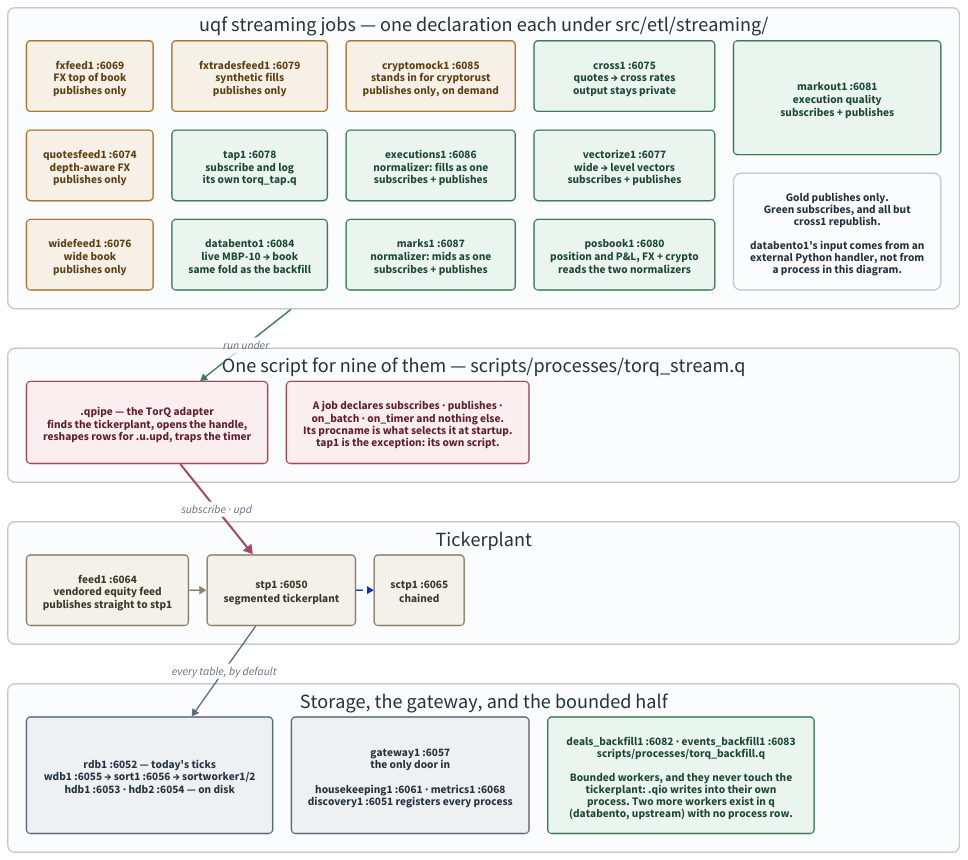
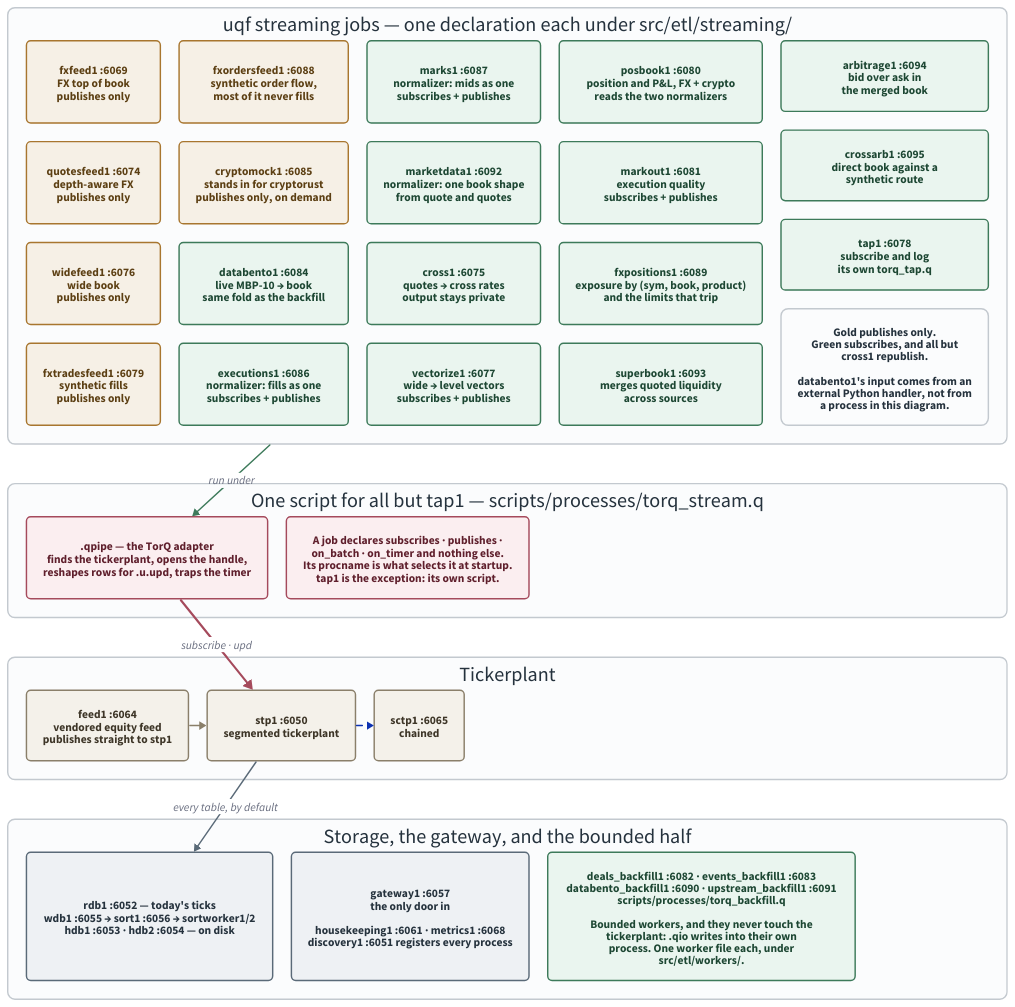
Before and after one commit to kwojdalski/uqf: the diagram in docs/diagrams/stack-topology.d2, drawn with D2. The commit also changed 19 other files, not shown here.

```diff
--- a/docs/diagrams/stack-topology.d2
+++ b/docs/diagrams/stack-topology.d2
@@ -1,158 +1,166 @@
 # stack-topology.d2 - who connects to whom over IPC in the running stack.
 #
 # Rendered by scripts/generate/render_diagrams.py, which CI runs with
 # --check. Embedded from docs/integrations/torq/README.md.
 #
 # Ports are the defaults at base 6050; every one is {KDBBASEPORT}+offset, so
 # a different base shifts them all together. The authority for the offsets
 # is docs/integrations/torq/processes.md, which is GENERATED from the
 # pipeline registry - if this diagram and that table disagree, the table is
 # right.
 #
 # WHAT THIS SHOWS THAT THE MERMAID VERSION DID NOT (#245).
 #
 # Eight of the eleven uqf processes run the SAME script. Since #204 a
 # streaming job is a declaration under src/etl/streaming/ and
 # processes/torq_stream.q is the one runner; which job a process runs is
 # decided by its procname at startup. The old diagram drew a script per
 # process, which is what the stack looked like before .qstream and is the
 # single most misleading thing about it.
 #
 # The two connection patterns are still real and still different - publish
 # only, versus an access-listed subscribe - but a job performs neither
 # itself now. .qpipe does both on its behalf, which is why the adapter is
 # drawn between the processes and the tickerplant rather than left out.
 #
 # Backfills are on here too, and were not before. They are the other half
 # of the ETL tree and they reach the tickerplant NOT AT ALL: a bounded
 # worker writes through .qio into its own process, so its rows never
 # traverse stp1. Drawing them beside the streaming jobs is the point - the
 # two halves look alike in the code and take completely different paths to
 # storage.
 
 direction: down
 
 grid-rows: 4
 grid-gap: 55
 
 vars: {
   d2-config: {
     pad: 40
   }
 }
 
 # Same palette as repo-overview.d2, so the set reads as one system: light
 # fills with dark text in both themes rather than a --dark-theme pairing,
 # which d2 still applies explicit styles over (d2lang/d2#831).
 classes: {
   feed: {
     style: {
       fill: "#f6f0e6"
       stroke: "#a8762f"
       font-color: "#5c3f13"
       border-radius: 6
     }
   }
   job: {
     style: {
       fill: "#eaf5ef"
       stroke: "#3d7a5a"
       font-color: "#1d4733"
       border-radius: 6
     }
   }
   adapter: {
     style: {
       fill: "#fbeef0"
       stroke: "#a54a5c"
       font-color: "#5f1f2c"
       border-radius: 6
     }
   }
   store: {
     style: {
       fill: "#eef1f4"
       stroke: "#5a6a78"
       font-color: "#25323d"
       border-radius: 6
     }
   }
   vendored: {
     style: {
       fill: "#f4f1ea"
       stroke: "#8a7f6a"
       font-color: "#3d3527"
       border-radius: 6
     }
   }
   band: {
     style: {
       fill: "#fbfcfd"
       stroke: "#c3c9cf"
       font-color: "#25323d"
       stroke-width: 2
       border-radius: 10
     }
   }
 }
 
 jobs: "uqf streaming jobs — one declaration each under src/etl/streaming/" {
   class: band
   grid-columns: 5
   grid-gap: 26
 
   fxfeed1: "fxfeed1 :6069\nFX top of book\npublishes only" { class: feed }
   quotesfeed1: "quotesfeed1 :6074\ndepth-aware FX\npublishes only" { class: feed }
   widefeed1: "widefeed1 :6076\nwide book\npublishes only" { class: feed }
   fxtradesfeed1: "fxtradesfeed1 :6079\nsynthetic fills\npublishes only" { class: feed }
-  tap1: "tap1 :6078\nsubscribe and log\nits own torq_tap.q" { class: job }
+  fxordersfeed1: "fxordersfeed1 :6088\nsynthetic order flow,\nmost of it never fills" { class: feed }
 
+  cryptomock1: "cryptomock1 :6085\nstands in for cryptorust\npublishes only, on demand" { class: feed }
   databento1: "databento1 :6084\nlive MBP-10 → book\nsame fold as the backfill" { class: job }
-  cryptomock1: "cryptomock1 :6085\nstands in for cryptorust\npublishes only, on demand" { class: feed }
   executions1: "executions1 :6086\nnormalizer: fills as one\nsubscribes + publishes" { class: job }
   marks1: "marks1 :6087\nnormalizer: mids as one\nsubscribes + publishes" { class: job }
+  marketdata1: "marketdata1 :6092\nnormalizer: one book shape\nfrom quote and quotes" { class: job }
+
   cross1: "cross1 :6075\nquotes → cross rates\noutput stays private" { class: job }
   vectorize1: "vectorize1 :6077\nwide → level vectors\nsubscribes + publishes" { class: job }
   posbook1: "posbook1 :6080\nposition and P&L, FX + crypto\nreads the two normalizers" { class: job }
   markout1: "markout1 :6081\nexecution quality\nsubscribes + publishes" { class: job }
+  fxpositions1: "fxpositions1 :6089\nexposure by (sym, book, product)\nand the limits that trip" { class: job }
+
+  superbook1: "superbook1 :6093\nmerges quoted liquidity\nacross sources" { class: job }
+  arbitrage1: "arbitrage1 :6094\nbid over ask in\nthe merged book" { class: job }
+  crossarb1: "crossarb1 :6095\ndirect book against a\nsynthetic route" { class: job }
+  tap1: "tap1 :6078\nsubscribe and log\nits own torq_tap.q" { class: job }
   legend: "Gold publishes only.\nGreen subscribes, and all but\ncross1 republish.\n\ndatabento1's input comes from an\nexternal Python handler, not from\na process in this diagram." { class: band }
 }
 
-runner: "One script for nine of them — scripts/processes/torq_stream.q" {
+runner: "One script for all but tap1 — scripts/processes/torq_stream.q" {
   class: band
   grid-columns: 2
   grid-gap: 26
 
   qpipe: ".qpipe — the TorQ adapter\nfinds the tickerplant, opens the handle,\nreshapes rows for .u.upd, traps the timer" { class: adapter }
   note: "A job declares subscribes · publishes ·\non_batch · on_timer and nothing else.\nIts procname is what selects it at startup.\ntap1 is the exception: its own script." { class: adapter }
 }
 
 tp: "Tickerplant" {
   class: band
   grid-columns: 3
   grid-gap: 26
 
   feed1: "feed1 :6064\nvendored equity feed\npublishes straight to stp1" { class: vendored }
   stp: "stp1 :6050\nsegmented tickerplant" { class: vendored }
   sctp: "sctp1 :6065\nchained" { class: vendored }
 
   feed1 -> stp { style.stroke: "#8a7f6a" }
   stp -> sctp { style.stroke-dash: 4 }
 }
 
 downstream: "Storage, the gateway, and the bounded half" {
   class: band
   grid-columns: 3
   grid-gap: 26
 
   storage: "rdb1 :6052 — today's ticks\nwdb1 :6055 → sort1 :6056 → sortworker1/2\nhdb1 :6053 · hdb2 :6054 — on disk" { class: store }
   gw: "gateway1 :6057\nthe only door in\n\nhousekeeping1 :6061 · metrics1 :6068\ndiscovery1 :6051 registers every process" { class: store }
-  backfills: "deals_backfill1 :6082 · events_backfill1 :6083\nscripts/processes/torq_backfill.q\n\nBounded workers, and they never touch the\ntickerplant: .qio writes into their own\nprocess. Two more workers exist in q\n(databento, upstream) with no process row." { class: job }
+  backfills: "deals_backfill1 :6082 · events_backfill1 :6083\ndatabento_backfill1 :6090 · upstream_backfill1 :6091\nscripts/processes/torq_backfill.q\n\nBounded workers, and they never touch the\ntickerplant: .qio writes into their own\nprocess. One worker file each, under\nsrc/etl/workers/." { class: job }
 }
 
 jobs -> runner.qpipe: "run under" { style.stroke: "#3d7a5a" }
 runner.qpipe -> tp.stp: "subscribe · upd" {
   style.stroke: "#a54a5c"
   style.stroke-width: 3
 }
 tp.stp -> downstream.storage: "every table, by default" { style.stroke: "#5a6a78" }
```
